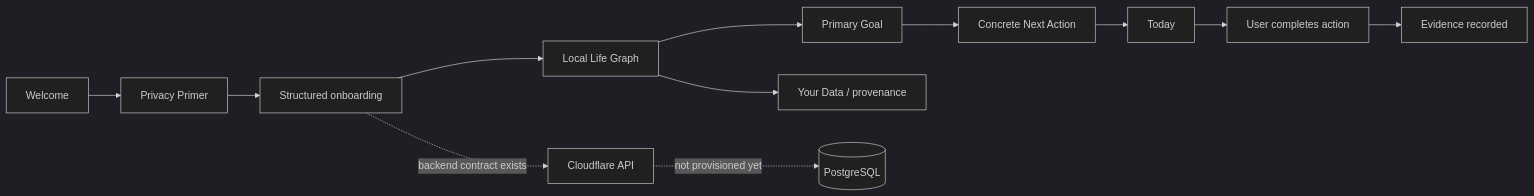
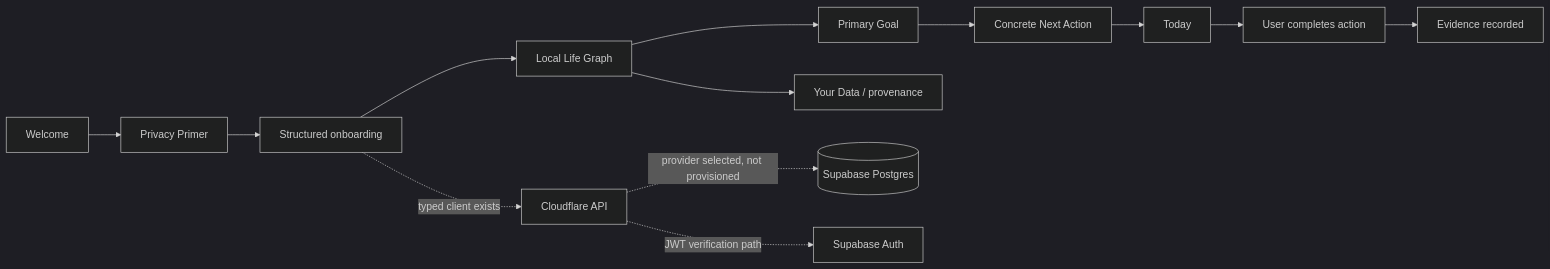
One commit to seq23/aplayer-mode changed the first of 3 diagrams in docs/13-IMPLEMENTATION-STATUS.md. Above: the diagram before and after it, drawn with Mermaid (dark theme). The commit also changed other lines of this file, not shown here.

Commit message:
docs: record Supabase MVP selection and mobile API client

````diff
--- a/docs/13-IMPLEMENTATION-STATUS.md
+++ b/docs/13-IMPLEMENTATION-STATUS.md
@@ -10,15 +10,16 @@
 ```mermaid
 flowchart LR
   W[Welcome] --> P[Privacy Primer]
   P --> O[Structured onboarding]
   O --> LG[Local Life Graph]
   LG --> G[Primary Goal]
   G --> A[Concrete Next Action]
   A --> T[Today]
   T --> C[User completes action]
   C --> E[Evidence recorded]
   LG --> Y[Your Data / provenance]
 
-  O -. backend contract exists .-> API[Cloudflare API]
-  API -. not provisioned yet .-> DB[(PostgreSQL)]
+  O -. typed client exists .-> API[Cloudflare API]
+  API -. provider selected, not provisioned .-> DB[(Supabase Postgres)]
+  API -. JWT verification path .-> AUTH[Supabase Auth]
 ```
````
